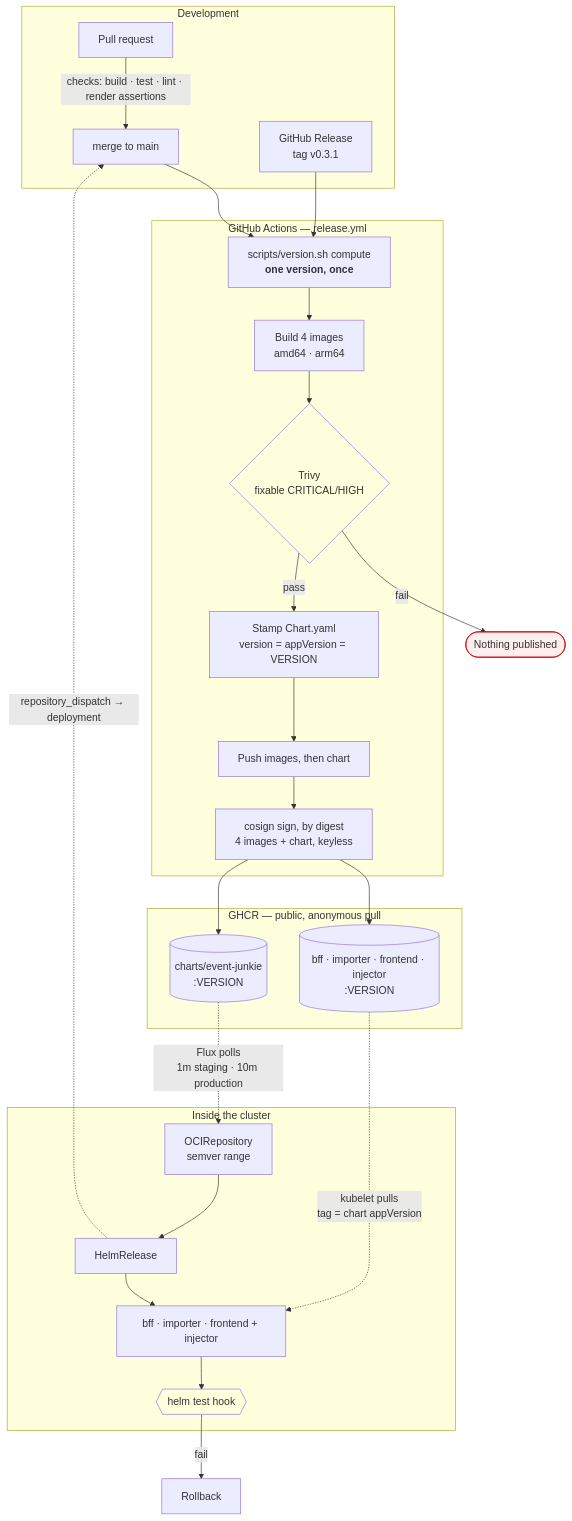
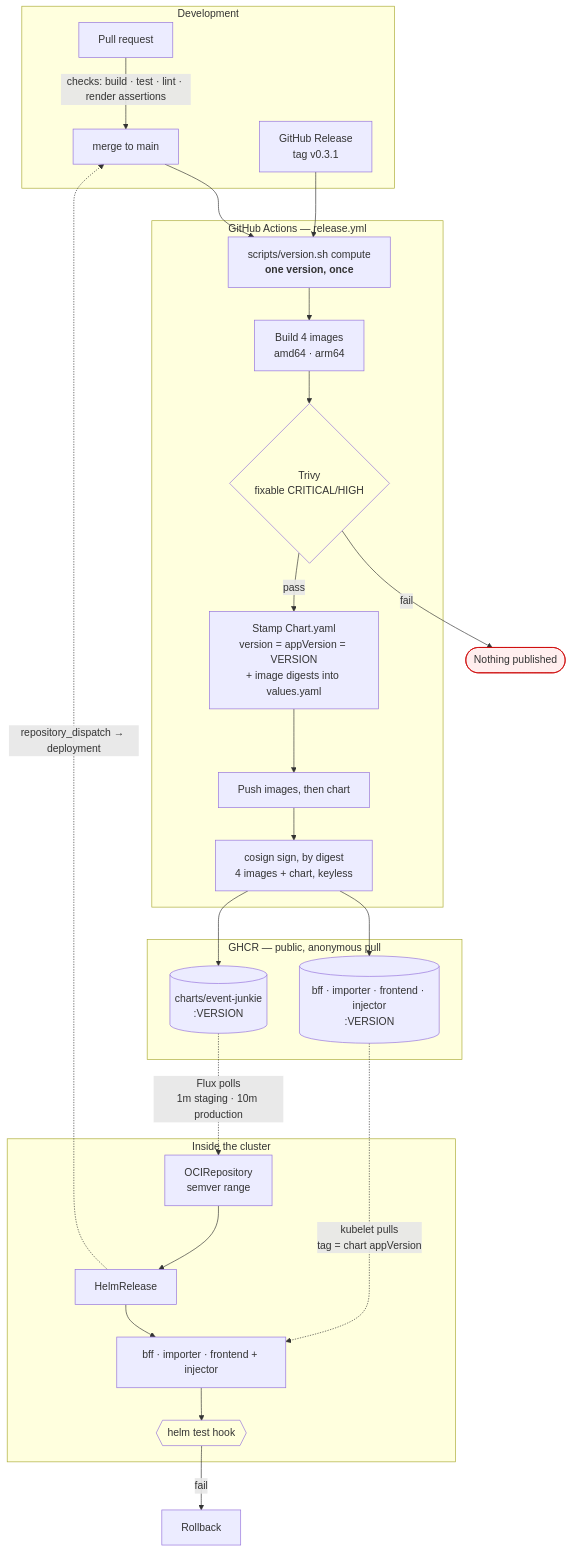
Before and after one commit to enorm-labs/event-junkie: the diagram in docs/ops/RELEASING.md, drawn with Mermaid. The commit also changed other lines of this file and 12 other files, not shown here.

First line of the commit message:
feat(deploy): the chart names its four images by digest, stamped by release.yml from the push it just made

````diff
--- a/docs/ops/RELEASING.md
+++ b/docs/ops/RELEASING.md
@@ -31,47 +31,47 @@
 ```mermaid
 flowchart TB
     subgraph dev["Development"]
         pr["Pull request"] -->|"checks: build · test · lint · render assertions"| main["merge to main"]
         rel["GitHub Release<br/>tag v0.3.1"]
     end
 
     subgraph ci["GitHub Actions — release.yml"]
         ver["scripts/version.sh compute<br/><b>one version, once</b>"]
         build["Build 4 images<br/>amd64 · arm64"]
         scan{"Trivy<br/>fixable CRITICAL/HIGH"}
-        stamp["Stamp Chart.yaml<br/>version = appVersion = VERSION"]
+        stamp["Stamp Chart.yaml<br/>version = appVersion = VERSION<br/>+ image digests into values.yaml"]
         push["Push images, then chart"]
         sign["cosign sign, by digest<br/>4 images + chart, keyless"]
     end
 
     subgraph ghcr["GHCR — public, anonymous pull"]
         imgs[("bff · importer · frontend · injector<br/>:VERSION")]
         chart[("charts/event-junkie<br/>:VERSION")]
     end
 
     subgraph cluster["Inside the cluster"]
         ocirepo["OCIRepository<br/>semver range"]
         hr["HelmRelease"]
         wl["bff · importer · frontend + injector"]
         test{{"helm test hook"}}
     end
 
     main --> ver
     rel --> ver
     ver --> build --> scan
     scan -->|"fail"| stop(["Nothing published"])
     scan -->|"pass"| stamp --> push --> sign
     sign --> imgs
     sign --> chart
 
     chart -.->|"Flux polls<br/>1m staging · 10m production"| ocirepo
     ocirepo --> hr --> wl
     imgs -.->|"kubelet pulls<br/>tag = chart appVersion"| wl
     wl --> test
     test -->|"fail"| rb["Rollback"]
     hr -.->|"repository_dispatch → deployment"| main
 
     style stop fill:#fee,stroke:#c00
     style scan fill:#ffd
     style test fill:#ffd
 ```
````
